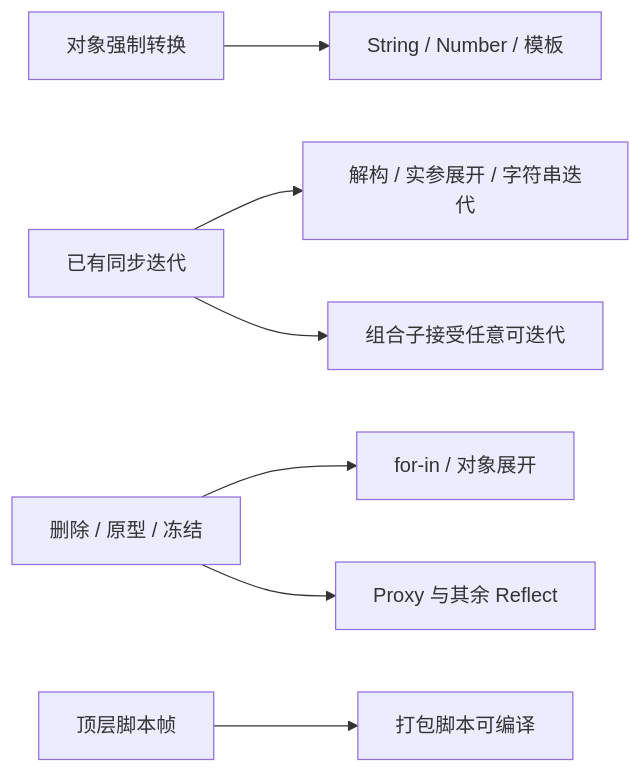
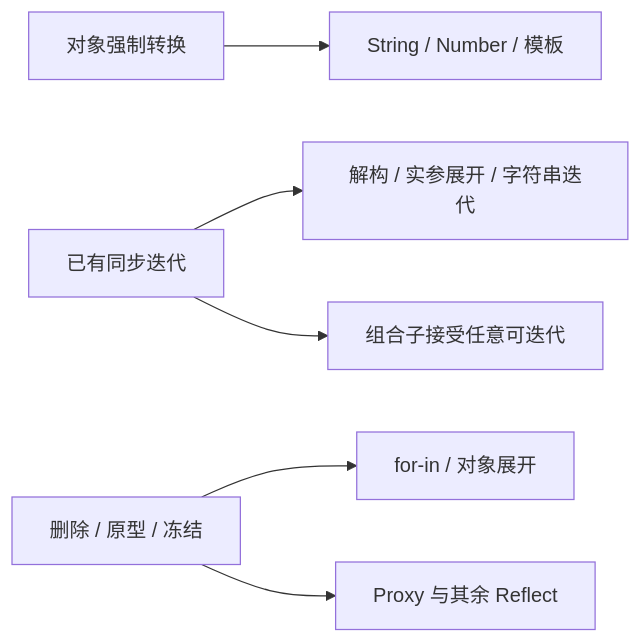
The diagram in docs/gaps.md (codehz/yield-js), drawn with Mermaid before and after one commit. The commit also changed other lines of this file and 26 other files, not shown here.

````diff
--- a/docs/gaps.md
+++ b/docs/gaps.md
@@ -97,9 +95,8 @@
 ```mermaid
 flowchart LR
   C[对象强制转换] --> S[String / Number / 模板]
   I[已有同步迭代] --> D[解构 / 实参展开 / 字符串迭代]
   I --> P[组合子接受任意可迭代]
   K[删除 / 原型 / 冻结] --> N[for-in / 对象展开]
   K --> R[Proxy 与其余 Reflect]
-  B[顶层脚本帧] --> A[打包脚本可编译]
 ```
````
